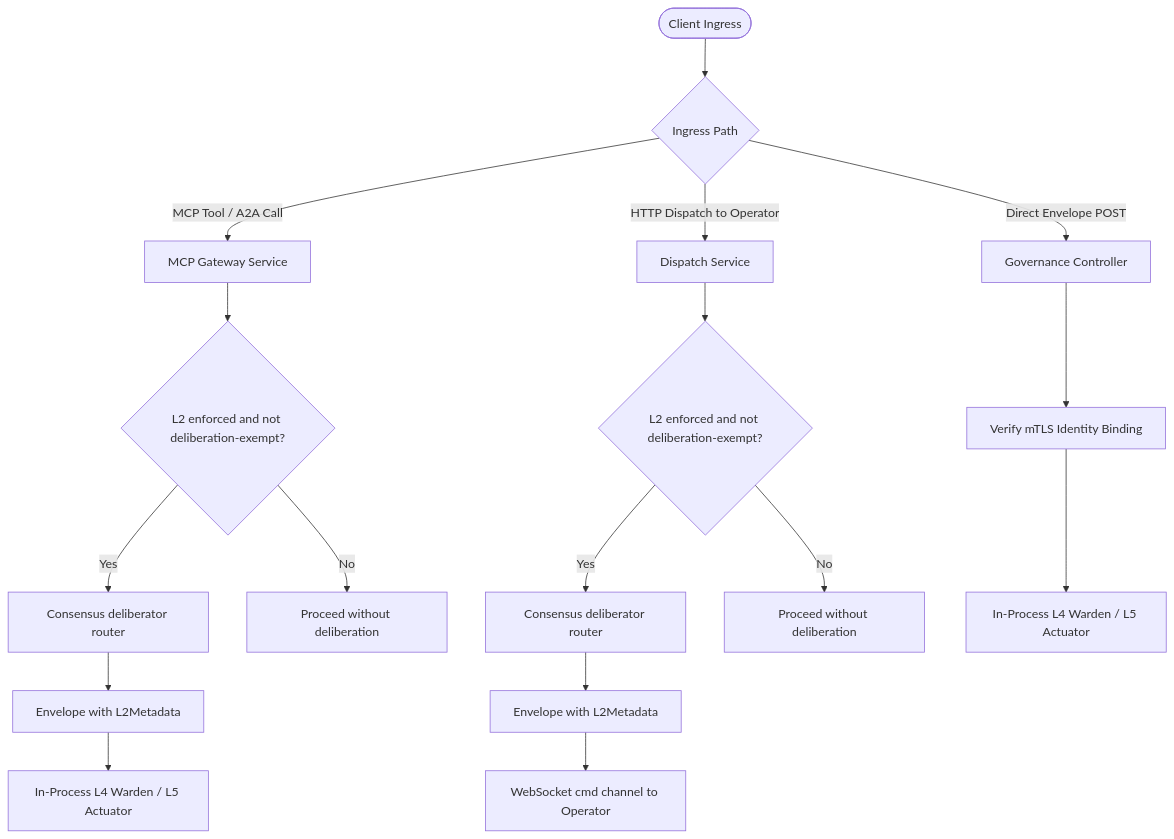
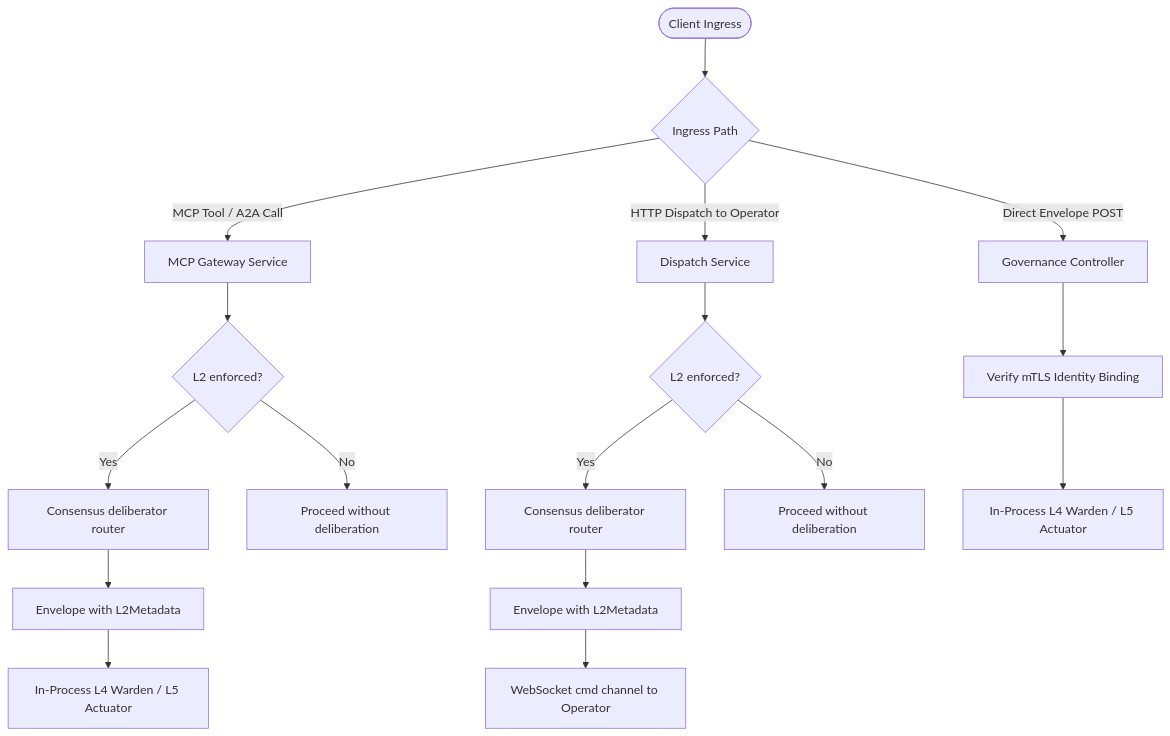
One commit to zerotrustdata/ztd changed the diagram in docs/architecture/consensus.md. Above: the diagram before and after it, drawn with Mermaid. The commit also changed other lines of this file and 28 other files, not shown here.

````diff
--- a/docs/architecture/consensus.md
+++ b/docs/architecture/consensus.md
@@ -253,26 +244,26 @@
 ```mermaid
 flowchart TD
     Client([Client Ingress]) --> IngressType{Ingress Path}
 
     IngressType -->|MCP Tool / A2A Call| MCPGateway[MCP Gateway Service]
     IngressType -->|HTTP Dispatch to Operator| DispatchSvc[Dispatch Service]
     IngressType -->|Direct Envelope POST| DirectGov[Governance Controller]
 
-    MCPGateway --> CheckL2A{L2 enforced and not deliberation-exempt?}
-    DispatchSvc --> CheckL2B{L2 enforced and not deliberation-exempt?}
+    MCPGateway --> CheckL2A{L2 enforced?}
+    DispatchSvc --> CheckL2B{L2 enforced?}
 
     CheckL2A -->|Yes| RouterA[Consensus deliberator router]
     CheckL2A -->|No| SkipDelibA[Proceed without deliberation]
 
     CheckL2B -->|Yes| RouterB[Consensus deliberator router]
     CheckL2B -->|No| SkipDelibB[Proceed without deliberation]
 
     RouterA --> PopulatedEnvelopeA[Envelope with L2Metadata]
     RouterB --> PopulatedEnvelopeB[Envelope with L2Metadata]
 
     PopulatedEnvelopeA --> InProcessL4[In-Process L4 Warden / L5 Actuator]
     PopulatedEnvelopeB --> OutboundPubSub[WebSocket cmd channel to Operator]
 
     DirectGov --> VerifyIdentity[Verify mTLS Identity Binding]
     VerifyIdentity --> DirectL4[In-Process L4 Warden / L5 Actuator]
 ```
````
